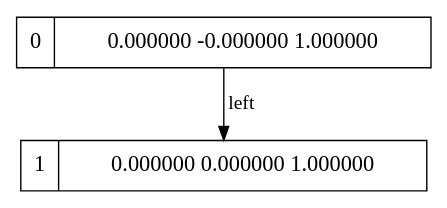
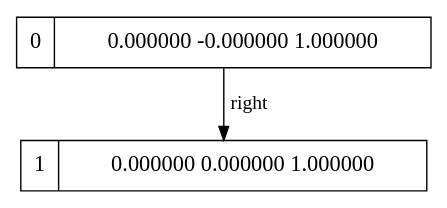
Before and after one commit to AryaGosuDev/RayTracer: the diagram in Render2/groundoutGraph.dot, drawn with Graphviz. The commit also changed 92 other files, not shown here.

```diff
--- a/Render2/groundoutGraph.dot
+++ b/Render2/groundoutGraph.dot
@@ -1,1 +1,1 @@
-digraph g { graph []; node [ fontsize="16" shape = "ellipse"]; edge [];"node0" [ label = "0 | 0.000000 -0.000000 1.000000 " shape = "record" ];"node1" [ label = "1 | 0.000000 0.000000 1.000000 " shape = "record" ];"node0"-> "node1" [ label = "left"];}
+digraph g { graph []; node [ fontsize="16" shape = "ellipse"]; edge [];"node0" [ label = "0 | 0.000000 -0.000000 1.000000 " shape = "record" ];"node1" [ label = "1 | 0.000000 0.000000 1.000000 " shape = "record" ];"node0"-> "node1" [ label = "right"];}
```
